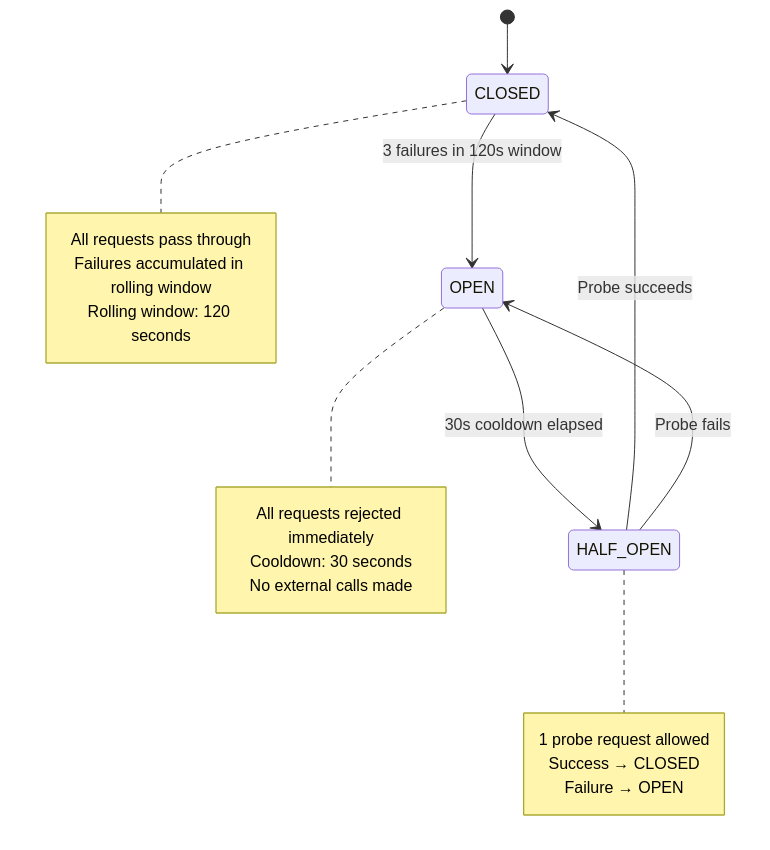
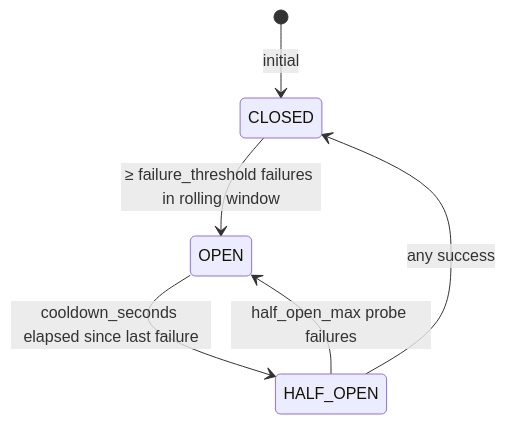
The diagram in docs/failure-recovery/circuit-breaker.md (masrizram/aura), drawn with Mermaid before and after one commit. The commit also changed other lines of this file and 62 other files, not shown here.

First line of the commit message:
docs: blind documentation rebuild + final architecture audit

````diff
--- a/docs/failure-recovery/circuit-breaker.md
+++ b/docs/failure-recovery/circuit-breaker.md
@@ -7,26 +7,8 @@
 ```mermaid
 stateDiagram-v2
-    [*] --> CLOSED
-    CLOSED --> OPEN: 3 failures in 120s window
-    OPEN --> HALF_OPEN: 30s cooldown elapsed
-    HALF_OPEN --> CLOSED: Probe succeeds
-    HALF_OPEN --> OPEN: Probe fails
-    
-    note right of CLOSED
-        All requests pass through
-        Failures accumulated in rolling window
-        Rolling window: 120 seconds
-    end note
-    
-    note right of OPEN
-        All requests rejected immediately
-        Cooldown: 30 seconds
-        No external calls made
-    end note
-    
-    note right of HALF_OPEN
-        1 probe request allowed
-        Success → CLOSED
-        Failure → OPEN
-    end note
+    [*] --> CLOSED : initial
+    CLOSED --> OPEN : ≥ failure_threshold failures in rolling window
+    OPEN --> HALF_OPEN : cooldown_seconds elapsed since last failure
+    HALF_OPEN --> CLOSED : any success
+    HALF_OPEN --> OPEN : half_open_max probe failures
 ```
````
